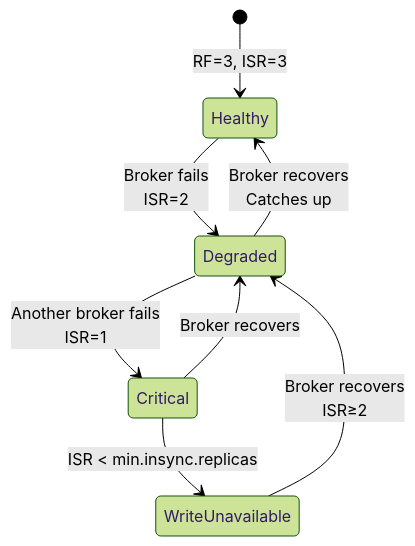
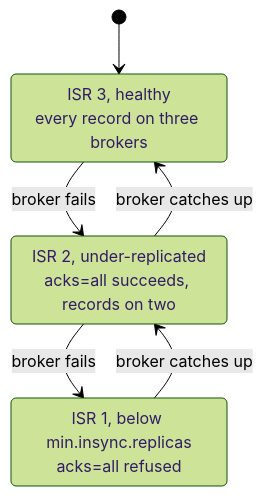
The fourth of 5 diagrams in docs/book/06-chaos-theory.md (bmscomp/kates), drawn with Mermaid (forest theme) before and after one commit. The commit also changed other lines of this file and 52 other files, not shown here.

````diff
--- a/docs/book/06-chaos-theory.md
+++ b/docs/book/06-chaos-theory.md
@@ -234,13 +209,14 @@
 ```mermaid
 %%| label: fig-chaos-isr-state-machine
-%%| fig-cap: "Partition availability state transitions as brokers fail and recover under `replication.factor=3` and `min.insync.replicas=2`."
-%%| fig-alt: "State diagram starting at Healthy (RF=3, ISR=3). When one broker fails, the partition moves to Degraded (ISR=2), where writes still succeed; if that broker recovers and catches up, it returns to Healthy. If another broker fails while Degraded, the partition enters Critical (ISR=1) and transitions to WriteUnavailable because ISR is below min.insync.replicas. When a broker recovers and ISR reaches at least 2, the partition returns to Degraded."
+%%| fig-cap: "On krafter (RF 3, min.insync.replicas 2) the first broker loss costs a copy of every new record and the second costs writes: durability erodes before availability."
+%%| fig-alt: "State diagram with three states. ISR 3, healthy, with every record on three brokers. A broker failure leads to ISR 2, under-replicated, where acks=all writes still succeed with each new record on two brokers. A second broker failure leads to ISR 1, below min.insync.replicas, where acks=all writes are refused. Each state returns to the one before it when a broker catches up."
 stateDiagram-v2
-    [*] --> Healthy: RF=3, ISR=3
-    Healthy --> Degraded: Broker fails<br/>ISR=2
-    Degraded --> Healthy: Broker recovers<br/>Catches up
-    Degraded --> Critical: Another broker fails<br/>ISR=1
-    Critical --> WriteUnavailable: ISR < min.insync.replicas
-    Critical --> Degraded: Broker recovers
-    WriteUnavailable --> Degraded: Broker recovers<br/>ISR≥2
+    state "ISR 3, healthy<br/>every record on three brokers" as Three
+    state "ISR 2, under-replicated<br/>acks=all succeeds, records on two" as Two
+    state "ISR 1, below min.insync.replicas<br/>acks=all refused" as One
+    [*] --> Three
+    Three --> Two: broker fails
+    Two --> One: broker fails
+    One --> Two: broker catches up
+    Two --> Three: broker catches up
 ```
````
